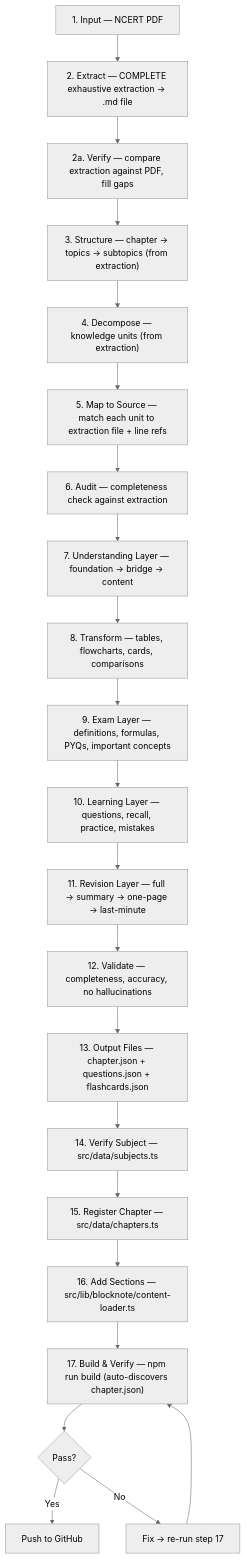
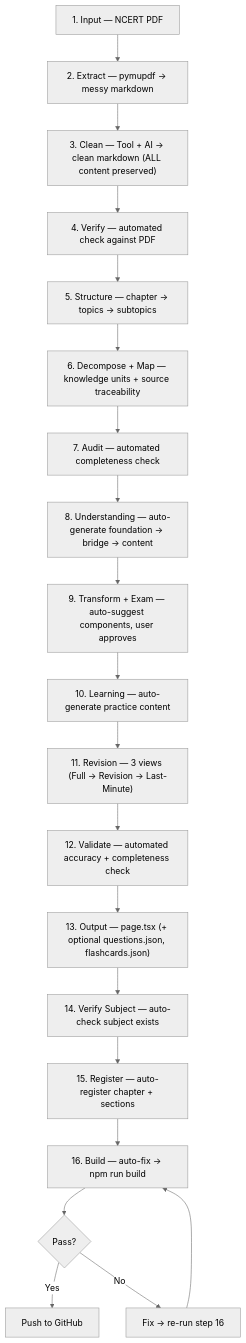
One commit to saabithe/textbook-plus changed the diagram in Pipeline/CHAPTER_PIPELINE.md. Above: the diagram before and after it, drawn with Mermaid (neutral theme). The commit also changed other lines of this file and 11 other files, not shown here.

Commit message:
feat: admin pages + content editor + 7 English chapter extractions + pipeline docs update

````diff
--- a/Pipeline/CHAPTER_PIPELINE.md
+++ b/Pipeline/CHAPTER_PIPELINE.md
@@ -110,24 +115,22 @@
 ```mermaid
 graph TD
-    A["1. Input — NCERT PDF"] --> B["2. Extract — COMPLETE exhaustive extraction → .md file"]
-    B --> B2["2a. Verify — compare extraction against PDF, fill gaps"]
-    B2 --> C["3. Structure — chapter → topics → subtopics (from extraction)"]
-    C --> D["4. Decompose — knowledge units (from extraction)"]
-    D --> E["5. Map to Source — match each unit to extraction file + line refs"]
-    E --> F["6. Audit — completeness check against extraction"]
-    F --> G["7. Understanding Layer — foundation → bridge → content"]
-    G --> H["8. Transform — tables, flowcharts, cards, comparisons"]
-    H --> I["9. Exam Layer — definitions, formulas, PYQs, important concepts"]
-    I --> J["10. Learning Layer — questions, recall, practice, mistakes"]
-    J --> K["11. Revision Layer — full → summary → one-page → last-minute"]
-    K --> L["12. Validate — completeness, accuracy, no hallucinations"]
-    L --> M["13. Output Files — chapter.json + questions.json + flashcards.json"]
-    M --> N["14. Verify Subject — src/data/subjects.ts"]
-    N --> O["15. Register Chapter — src/data/chapters.ts"]
-    O --> P["16. Add Sections — src/lib/blocknote/content-loader.ts"]
-    P --> Q["17. Build & Verify — npm run build (auto-discovers chapter.json)"]
-    Q --> R{"Pass?"}
-    R -->|Yes| S["Push to GitHub"]
-    R -->|No| T["Fix → re-run step 17"]
-    T --> Q
+    A["1. Input — NCERT PDF"] --> B["2. Extract — pymupdf → messy markdown"]
+    B --> C["3. Clean — Tool + AI → clean markdown (ALL content preserved)"]
+    C --> D["4. Verify — automated check against PDF"]
+    D --> E["5. Structure — chapter → topics → subtopics"]
+    E --> F["6. Decompose + Map — knowledge units + source traceability"]
+    F --> G["7. Audit — automated completeness check"]
+    G --> H["8. Understanding — auto-generate foundation → bridge → content"]
+    H --> I["9. Transform + Exam — auto-suggest components, user approves"]
+    I --> J["10. Learning — auto-generate practice content"]
+    J --> K["11. Revision — 3 views (Full → Revision → Last-Minute)"]
+    K --> L["12. Validate — automated accuracy + completeness check"]
+    L --> M["13. Output — page.tsx (+ optional questions.json, flashcards.json)"]
+    M --> N["14. Verify Subject — auto-check subject exists"]
+    N --> O["15. Register — auto-register chapter + sections"]
+    O --> P["16. Build — auto-fix → npm run build"]
+    P --> Q{"Pass?"}
+    Q -->|Yes| R["Push to GitHub"]
+    Q -->|No| S["Fix → re-run step 16"]
+    S --> P
 ```
````
